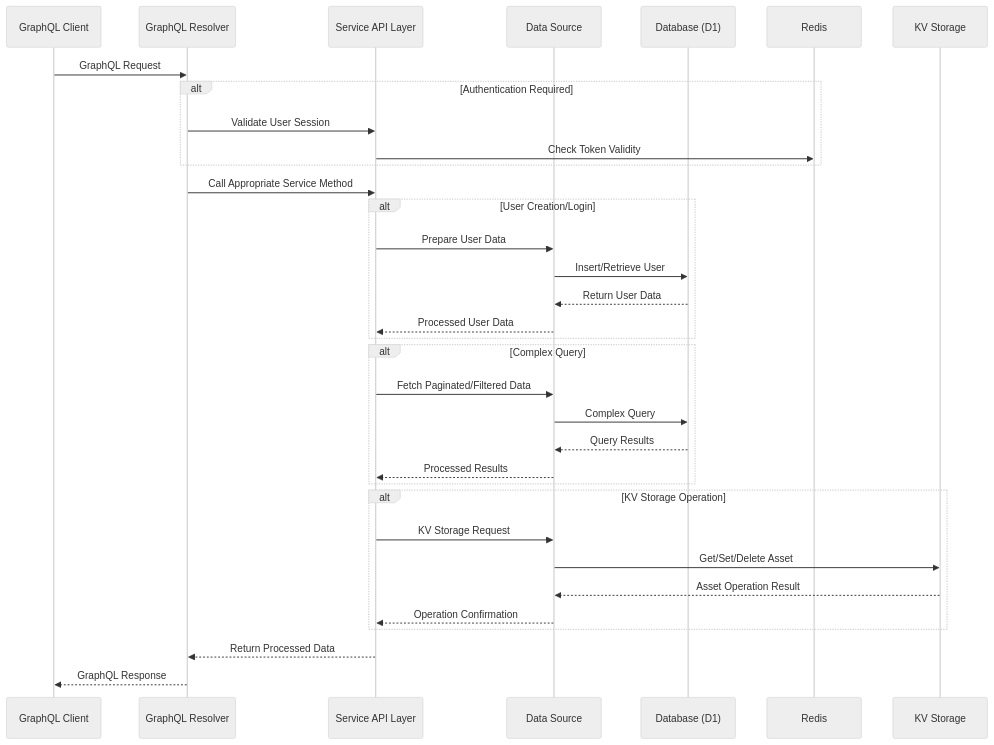
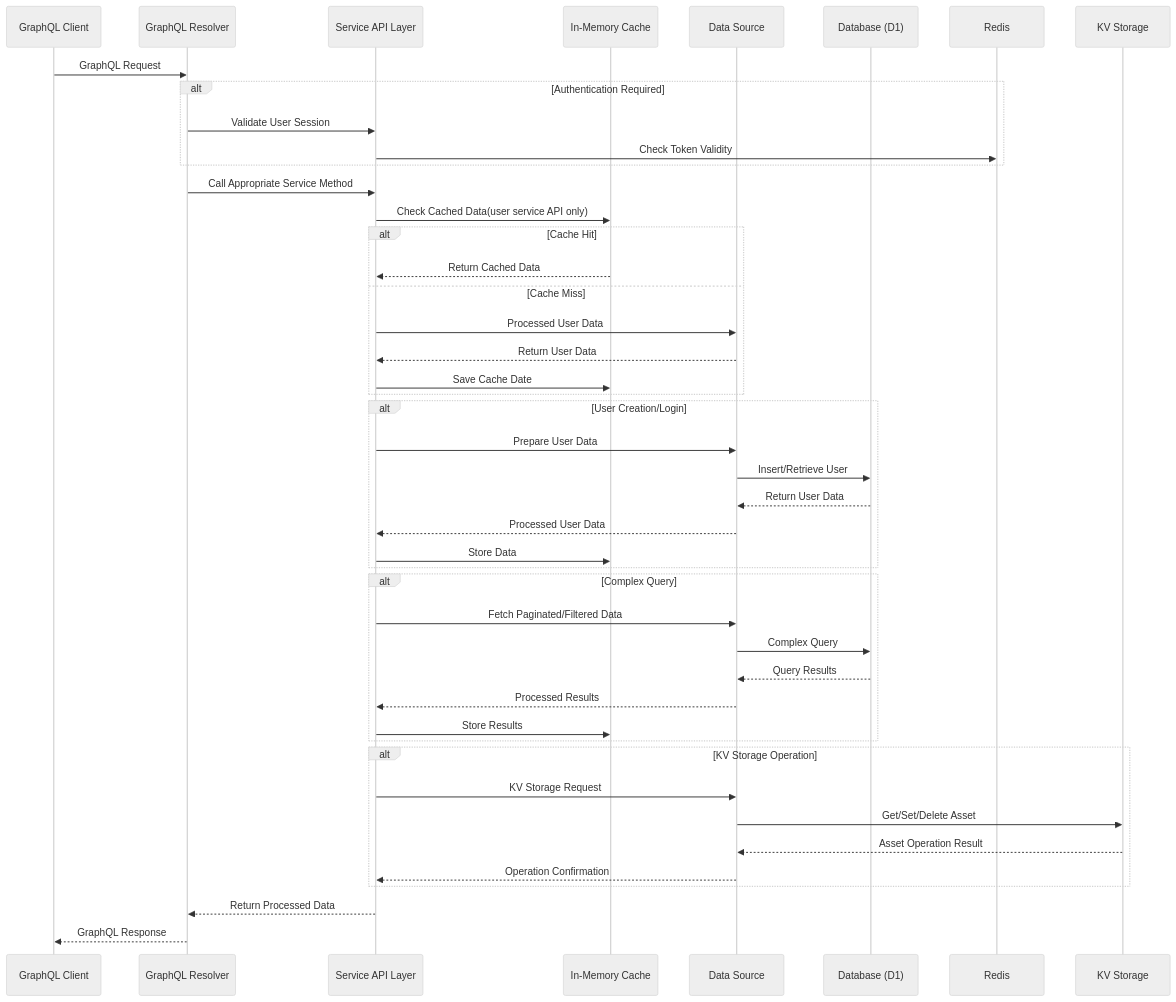
Before and after one commit to vinodhj/expense-microservices: diagram 12 of 15 in docs/user-services.md, drawn with Mermaid (neutral theme). The commit also changed other lines of this file, not shown here.

Commit message:
mermaid tweaks-6

````diff
--- a/docs/user-services.md
+++ b/docs/user-services.md
@@ -1038,43 +1047,56 @@
 ```mermaid
 sequenceDiagram
     participant Client as GraphQL Client
     participant Resolver as GraphQL Resolver
     participant ServiceAPI as Service API Layer
+    participant InMemoryCache as In-Memory Cache
     participant DataSource as Data Source
     participant Database as Database (D1)
     participant Redis as Redis
     participant KV as KV Storage
 
     Client->>Resolver: GraphQL Request
 
     alt Authentication Required
         Resolver->>ServiceAPI: Validate User Session
         ServiceAPI->>Redis: Check Token Validity
     end
 
     Resolver->>ServiceAPI: Call Appropriate Service Method
 
-    alt User Creation/Login
-        ServiceAPI->>DataSource: Prepare User Data
-        DataSource->>Database: Insert/Retrieve User
-        Database-->>DataSource: Return User Data
-        DataSource-->>ServiceAPI: Processed User Data
+    ServiceAPI->>InMemoryCache: Check Cached Data(user service API only)
+
+    alt Cache Hit
+        InMemoryCache-->>ServiceAPI: Return Cached Data
+    else Cache Miss
+        ServiceAPI->>DataSource: Processed User Data
+        DataSource-->>ServiceAPI: Return User Data
+        ServiceAPI->>InMemoryCache: Save Cache Date
     end
 
-    alt Complex Query
-        ServiceAPI->>DataSource: Fetch Paginated/Filtered Data
-        DataSource->>Database: Complex Query
-        Database-->>DataSource: Query Results
-        DataSource-->>ServiceAPI: Processed Results
-    end
+    alt User Creation/Login
+            ServiceAPI->>DataSource: Prepare User Data
+            DataSource->>Database: Insert/Retrieve User
+            Database-->>DataSource: Return User Data
+            DataSource-->>ServiceAPI: Processed User Data
+            ServiceAPI->>InMemoryCache: Store Data
+        end
+
+        alt Complex Query
+            ServiceAPI->>DataSource: Fetch Paginated/Filtered Data
+            DataSource->>Database: Complex Query
+            Database-->>DataSource: Query Results
+            DataSource-->>ServiceAPI: Processed Results
+            ServiceAPI->>InMemoryCache: Store Results
+        end
 
     alt KV Storage Operation
         ServiceAPI->>DataSource: KV Storage Request
         DataSource->>KV: Get/Set/Delete Asset
         KV-->>DataSource: Asset Operation Result
         DataSource-->>ServiceAPI: Operation Confirmation
     end
 
     ServiceAPI-->>Resolver: Return Processed Data
     Resolver-->>Client: GraphQL Response
 ```
````
